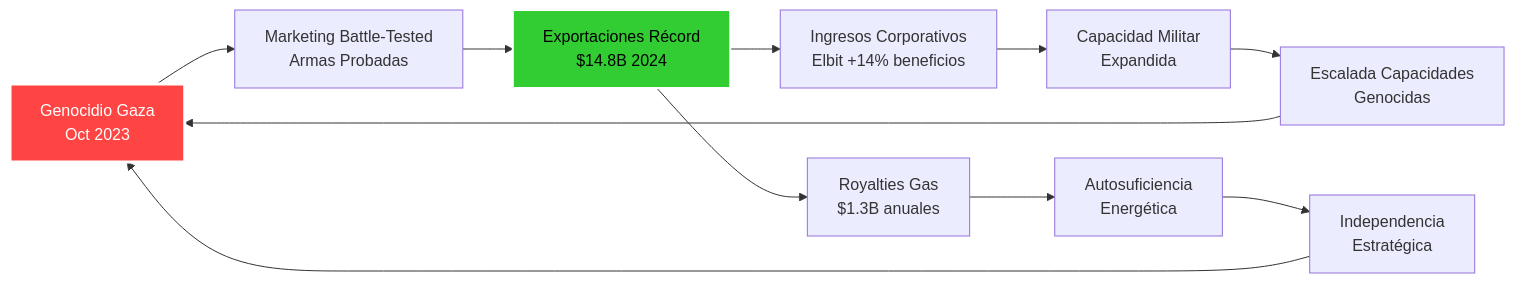
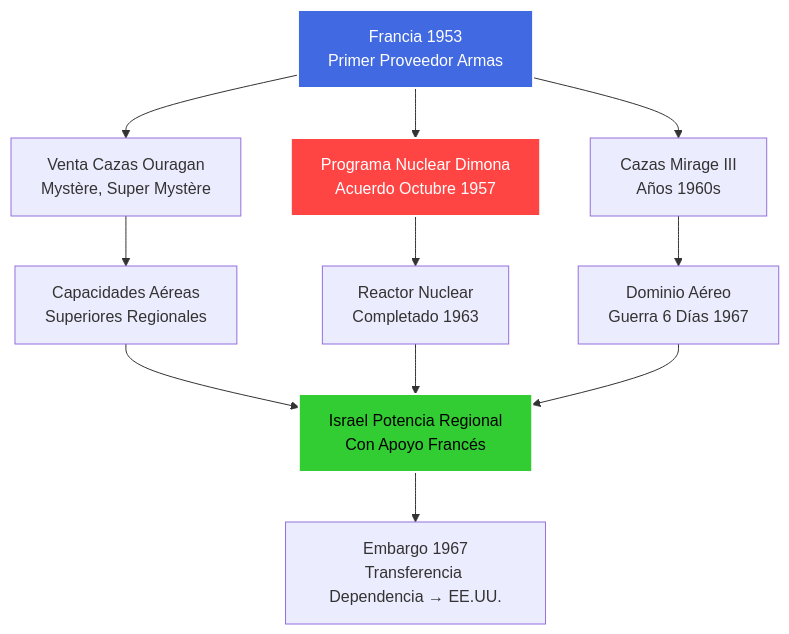
Diagram 13 of 54 in intel/israel_geopolitical_analysis.md (perpetuocambio/annotations), drawn with Mermaid before and after one commit. The commit also changed other lines of this file, not shown here.

````diff
--- a/intel/israel_geopolitical_analysis.md
+++ b/intel/israel_geopolitical_analysis.md
@@ -629,17 +500,14 @@
 ```mermaid
-graph LR
-    A[Genocidio Gaza<br/>Oct 2023] --> B[Marketing Battle-Tested<br/>Armas Probadas]
-    B --> C[Exportaciones Récord<br/>$14.8B 2024]
-    C --> D[Ingresos Corporativos<br/>Elbit +14% beneficios]
-    D --> E[Capacidad Militar<br/>Expandida]
-    E --> F[Escalada Capacidades<br/>Genocidas]
-    F --> A
-
-    C --> G[Royalties Gas<br/>$1.3B anuales]
-    G --> H[Autosuficiencia<br/>Energética]
-    H --> I[Independencia<br/>Estratégica]
-    I --> A
-
-    style A fill:#ff4444,stroke:#fff,stroke-width:3px,color:#fff
-    style C fill:#32cd32,stroke:#fff,stroke-width:2px,color:#000
+flowchart TD
+    A[Francia 1953<br/>Primer Proveedor Armas] --> B[Venta Cazas Ouragan<br/>Mystère, Super Mystère]
+    A --> C[Programa Nuclear Dimona<br/>Acuerdo Octubre 1957]
+    A --> D[Cazas Mirage III<br/>Años 1960s]
+    B --> E[Capacidades Aéreas<br/>Superiores Regionales]
+    C --> F[Reactor Nuclear<br/>Completado 1963]
+    D --> G[Dominio Aéreo<br/>Guerra 6 Días 1967]
+    E & F & G --> H[Israel Potencia Regional<br/>Con Apoyo Francés]
+    H --> I[Embargo 1967<br/>Transferencia Dependencia → EE.UU.]
+    style A fill:#4169e1,stroke:#fff,stroke-width:2px,color:#fff
+    style C fill:#ff4444,stroke:#fff,stroke-width:2px,color:#fff
+    style H fill:#32cd32,stroke:#fff,stroke-width:2px,color:#000
 ```
````
